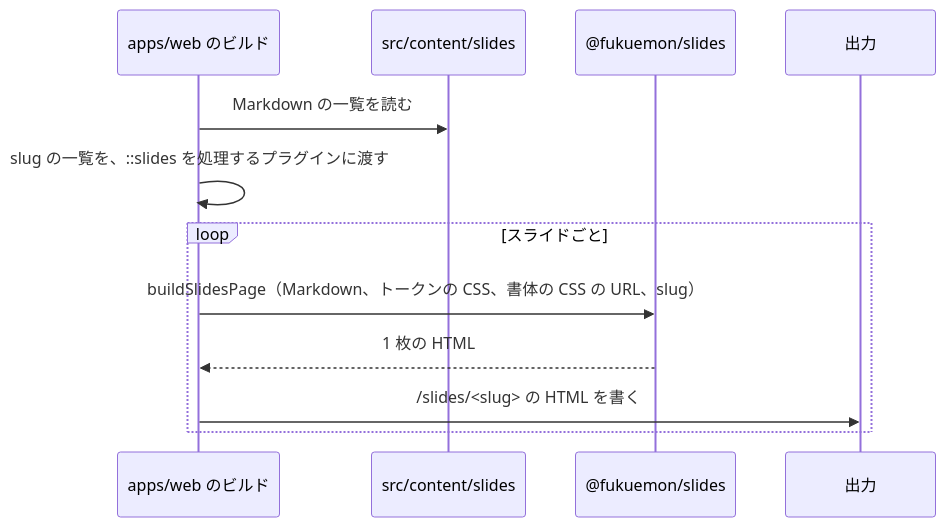
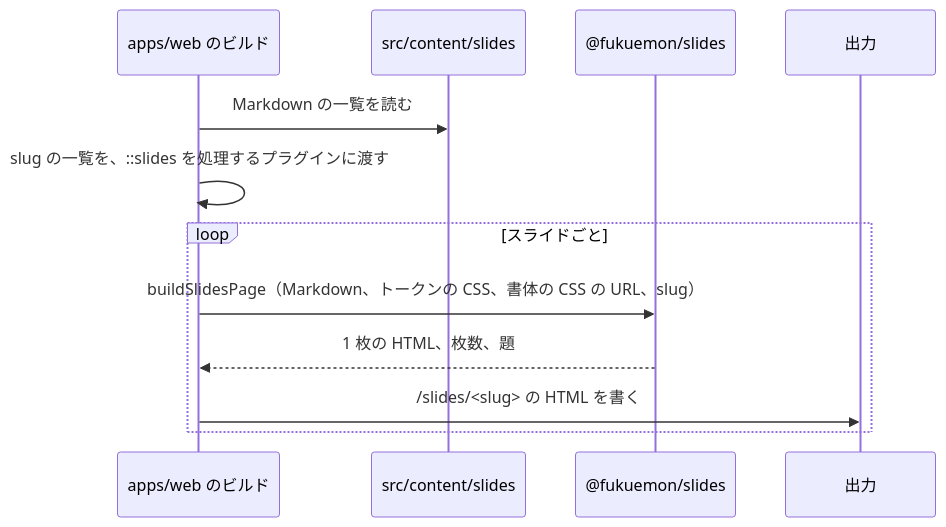
Before and after one commit to Fukuemon/fukuemon.dev: the fourth of 4 diagrams in docs/design/features/slides/DesignDoc.md, drawn with Mermaid. The commit also changed other lines of this file and 1 other file, not shown here.

First line of the commit message:
docs(design): スライドの設計の architecture のレビューの指摘を反映する #114

````diff
--- a/docs/design/features/slides/DesignDoc.md
+++ b/docs/design/features/slides/DesignDoc.md
@@ -300,15 +325,15 @@
 ```mermaid
 sequenceDiagram
   participant B as apps/web のビルド
   participant F as src/content/slides
   participant S as @fukuemon/slides
   participant O as 出力
 
   B->>F: Markdown の一覧を読む
   B->>B: slug の一覧を、::slides を処理するプラグインに渡す
   loop スライドごと
     B->>S: buildSlidesPage（Markdown、トークンの CSS、書体の CSS の URL、slug）
-    S-->>B: 1 枚の HTML
+    S-->>B: 1 枚の HTML、枚数、題
     B->>O: /slides/<slug> の HTML を書く
   end
 ```
````
